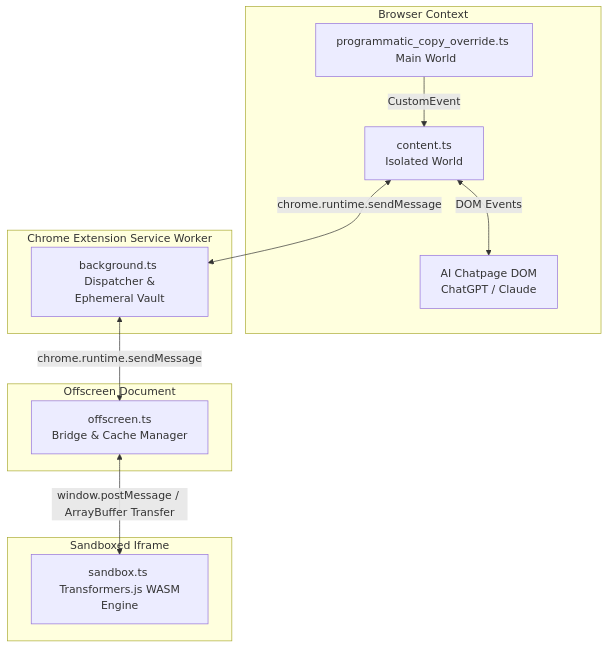
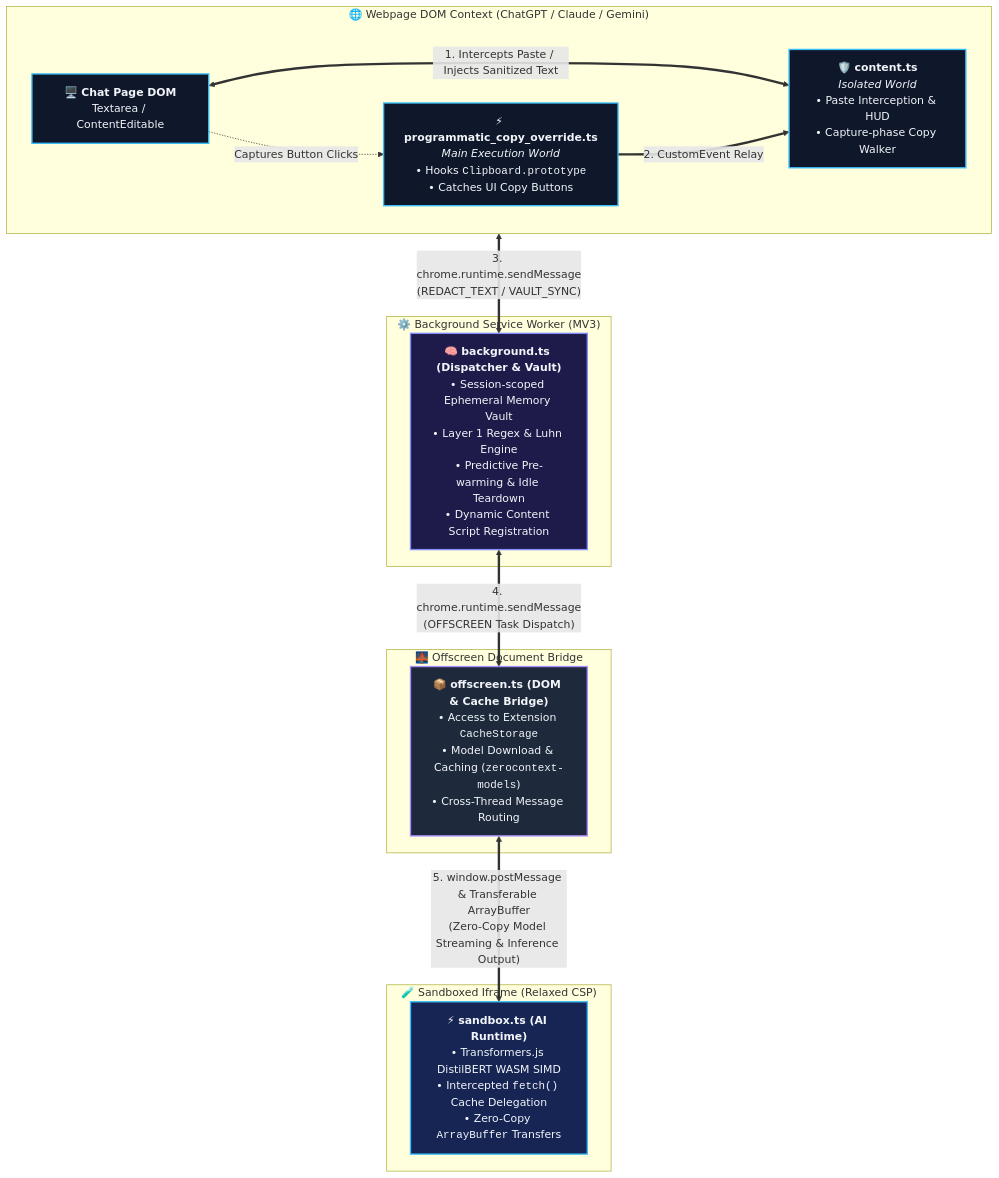
Before and after one commit to Irongrey-genusengelmannia453/zero-context: the third of 3 diagrams in README.md, drawn with Mermaid. The commit also changed other lines of this file, not shown here.

Commit message:
docs: beautify Mermaid architecture and pipeline diagrams in README

````diff
--- a/README.md
+++ b/README.md
@@ -253,23 +252,40 @@
 ```mermaid
-graph TD
-    subgraph Browser Context
-        CS[content.ts <br/> Isolated World] <--> |DOM Events| DOM[AI Chatpage DOM <br/> ChatGPT / Claude]
-        MAIN[programmatic_copy_override.ts <br/> Main World] --> |CustomEvent| CS
+flowchart TB
+    subgraph BrowserContext ["🌐 Webpage DOM Context (ChatGPT / Claude / Gemini)"]
+        direction LR
+        DOM["🖥️ <b>Chat Page DOM</b><br/>Textarea / ContentEditable"]
+        CS["🛡️ <b>content.ts</b><br/><i>Isolated World</i><br/>• Paste Interception & HUD<br/>• Capture-phase Copy Walker"]
+        MAIN["⚡ <b>programmatic_copy_override.ts</b><br/><i>Main Execution World</i><br/>• Hooks <code>Clipboard.prototype</code><br/>• Catches UI Copy Buttons"]
+        
+        DOM <==>|"1. Intercepts Paste / Injects Sanitized Text"| CS
+        DOM -.->|"Captures Button Clicks"| MAIN
+        MAIN ==>|"2. CustomEvent Relay"| CS
     end
 
-    subgraph Chrome Extension Service Worker
-        BG[background.ts <br/> Dispatcher & Ephemeral Vault]
+    subgraph ExtensionWorker ["⚙️ Background Service Worker (MV3)"]
+        BG["🧠 <b>background.ts (Dispatcher & Vault)</b><br/>• Session-scoped Ephemeral Memory Vault<br/>• Layer 1 Regex & Luhn Engine<br/>• Predictive Pre-warming & Idle Teardown<br/>• Dynamic Content Script Registration"]
     end
 
-    subgraph Offscreen Document
-        OFF[offscreen.ts <br/> Bridge & Cache Manager]
+    subgraph OffscreenBridge ["🌉 Offscreen Document Bridge"]
+        OFF["📦 <b>offscreen.ts (DOM & Cache Bridge)</b><br/>• Access to Extension <code>CacheStorage</code><br/>• Model Download & Caching (<code>zerocontext-models</code>)<br/>• Cross-Thread Message Routing"]
     end
 
-    subgraph Sandboxed Iframe
-        SB[sandbox.ts <br/> Transformers.js WASM Engine]
+    subgraph SandboxEnv ["🧪 Sandboxed Iframe (Relaxed CSP)"]
+        SB["⚡ <b>sandbox.ts (AI Runtime)</b><br/>• Transformers.js DistilBERT WASM SIMD<br/>• Intercepted <code>fetch()</code> Cache Delegation<br/>• Zero-Copy <code>ArrayBuffer</code> Transfers"]
     end
 
-    CS <--> |chrome.runtime.sendMessage| BG
-    BG <--> |chrome.runtime.sendMessage| OFF
-    OFF <--> |window.postMessage / ArrayBuffer Transfer| SB
+    CS <==>|"3. chrome.runtime.sendMessage<br/>(REDACT_TEXT / VAULT_SYNC)"| BG
+    BG <==>|"4. chrome.runtime.sendMessage<br/>(OFFSCREEN Task Dispatch)"| OFF
+    OFF <==>|"5. window.postMessage & Transferable ArrayBuffer<br/>(Zero-Copy Model Streaming & Inference Output)"| SB
+
+    %% Styling & Class Definitions
+    classDef browser fill:#0f172a,stroke:#38bdf8,stroke-width:2px,color:#f1f5f9;
+    classDef worker fill:#1e1b4b,stroke:#818cf8,stroke-width:2px,color:#f1f5f9;
+    classDef bridge fill:#1e293b,stroke:#a78bfa,stroke-width:2px,color:#f1f5f9;
+    classDef sandbox fill:#172554,stroke:#38bdf8,stroke-width:2px,color:#f1f5f9;
+
+    class DOM,CS,MAIN browser;
+    class BG worker;
+    class OFF bridge;
+    class SB sandbox;
 ```
````
